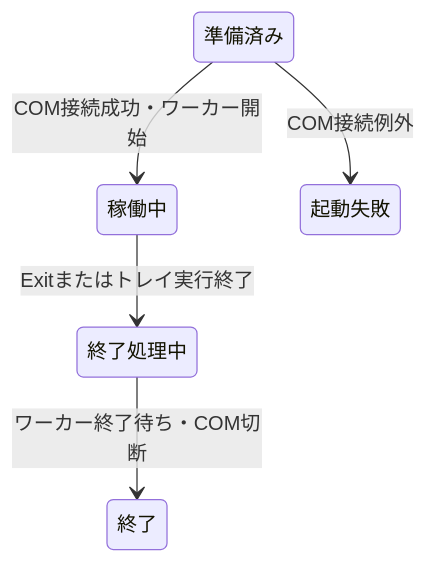
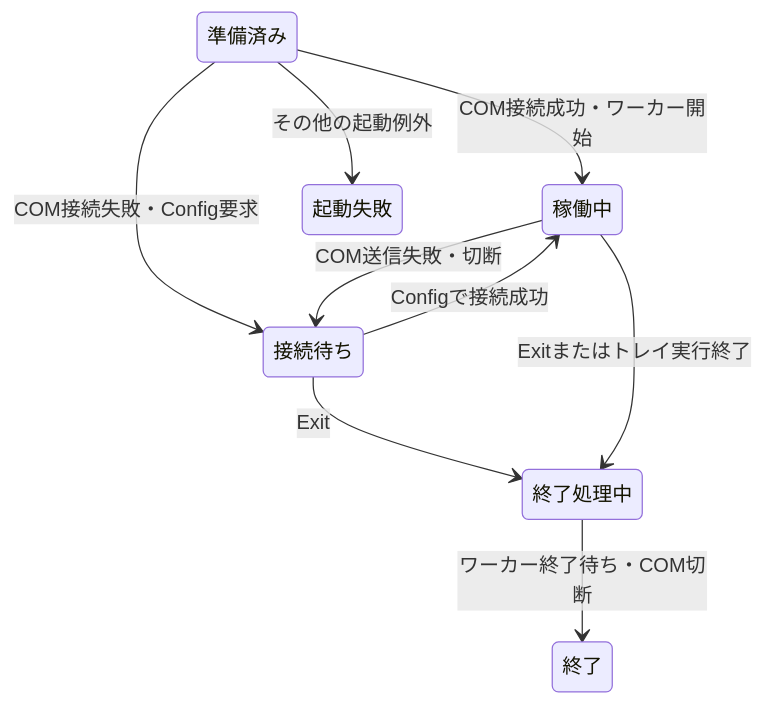
One commit to cotechworks/SendPerformance changed the second of 2 diagrams in doc/architecture.md. Above: the diagram before and after it, drawn with Mermaid. The commit also changed other lines of this file and 10 other files, not shown here.

````diff
--- a/doc/architecture.md
+++ b/doc/architecture.md
@@ -69,12 +71,17 @@
 ```mermaid
 stateDiagram-v2
   state "準備済み" as Ready
   state "稼働中" as Running
+  state "接続待ち" as Waiting
   state "終了処理中" as Closing
   state "終了" as Closed
   state "起動失敗" as Failed
   Ready --> Running: COM接続成功・ワーカー開始
-  Ready --> Failed: COM接続例外
+  Ready --> Waiting: COM接続失敗・Config要求
+  Waiting --> Running: Configで接続成功
+  Running --> Waiting: COM送信失敗・切断
+  Waiting --> Closing: Exit
+  Ready --> Failed: その他の起動例外
   Running --> Closing: Exitまたはトレイ実行終了
   Closing --> Closed: ワーカー終了待ち・COM切断
 ```
````
